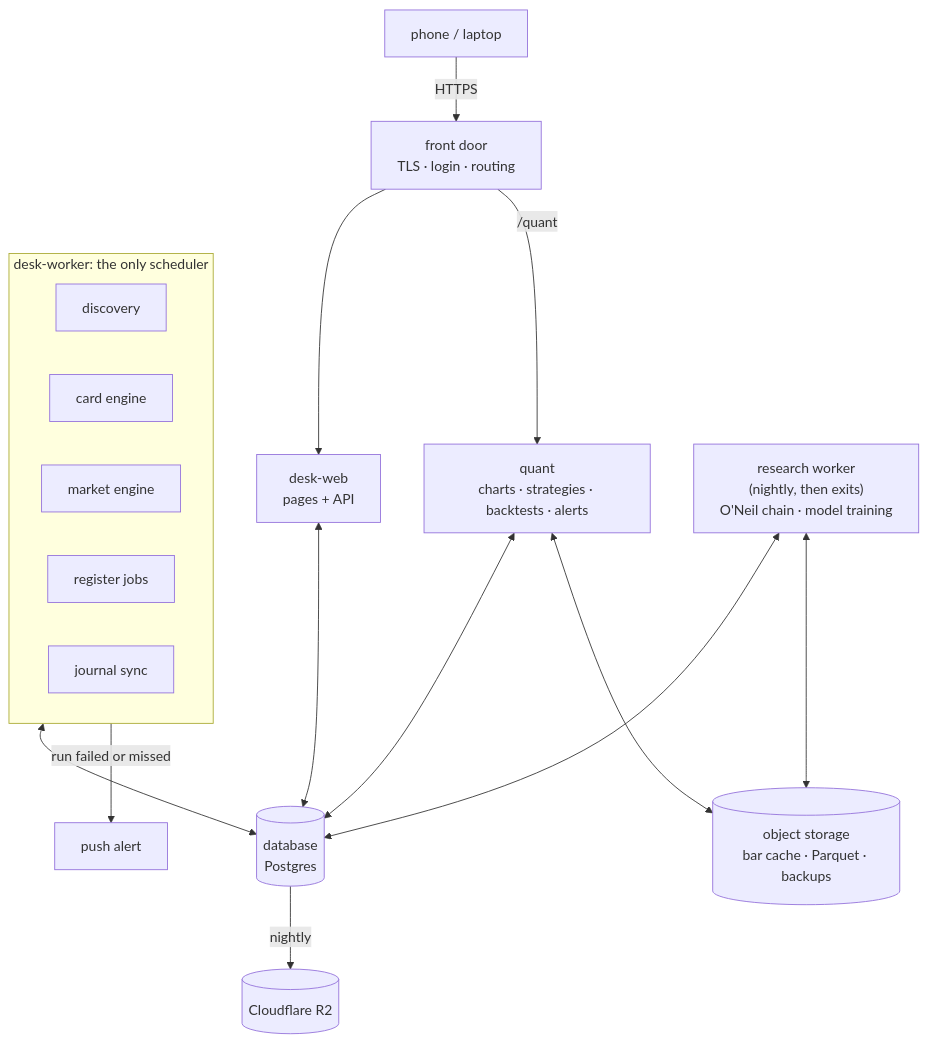
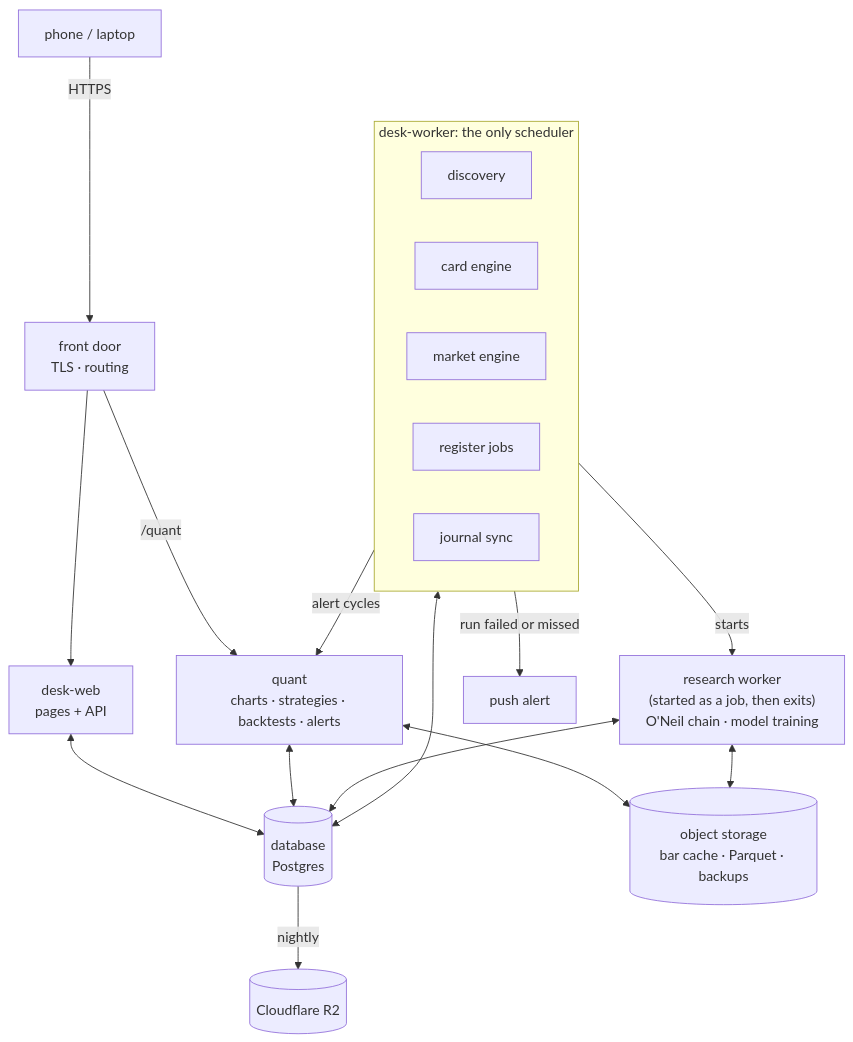
One commit to Mohamed-albadri-1995/Trade-Disk changed the third of 5 diagrams in ARCHITECTURE.md. Above: the diagram before and after it, drawn with Mermaid. The commit also changed other lines of this file and 40 other files, not shown here.

````diff
--- a/ARCHITECTURE.md
+++ b/ARCHITECTURE.md
@@ -178,27 +211,29 @@
 ```mermaid
 flowchart TB
-  P["phone / laptop"] -->|"HTTPS"| FD["front door<br/>TLS · login · routing"]
+  P["phone / laptop"] -->|"HTTPS"| FD["front door<br/>TLS · routing"]
   FD --> WEB["desk-web<br/>pages + API"]
   FD -->|"/quant"| QNT["quant<br/>charts · strategies · backtests · alerts"]
 
   subgraph WK["desk-worker: the only scheduler"]
     DISC["discovery"]
     ENR["card engine"]
     MKE["market engine"]
     REGJ["register jobs"]
     JSYNC["journal sync"]
   end
-  RW["research worker<br/>(nightly, then exits)<br/>O'Neil chain · model training"]
+  RW["research worker<br/>(started as a job, then exits)<br/>O'Neil chain · model training"]
 
   DB[("database<br/>Postgres")]
   OBJ[("object storage<br/>bar cache · Parquet · backups")]
 
   WEB <--> DB
   QNT <--> DB
   WK <--> DB
   RW <--> DB
   QNT <--> OBJ
   RW <--> OBJ
+  WK -->|"starts"| RW
+  WK -->|"alert cycles"| QNT
   WK -->|"run failed or missed"| ALERT["push alert"]
   DB -->|"nightly"| R2[("Cloudflare R2")]
 ```
````
